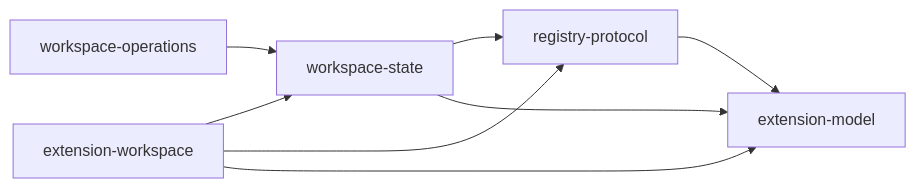
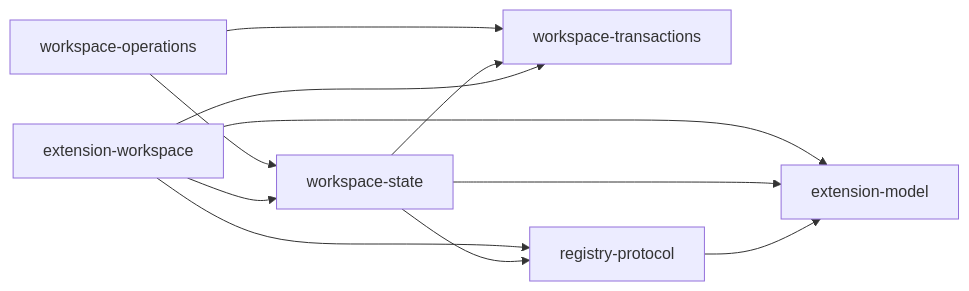
One commit to agentxm/axm changed the second of 2 diagrams in docs/architecture/package-architecture.md. Above: the diagram before and after it, drawn with Mermaid. The commit also changed other lines of this file and 921 other files, not shown here.

````diff
--- a/docs/architecture/package-architecture.md
+++ b/docs/architecture/package-architecture.md
@@ -160,10 +180,13 @@
 ```mermaid
 flowchart LR
   OPERATIONS["workspace-operations"] --> STATE["workspace-state"]
+  OPERATIONS --> TRANSACTIONS["workspace-transactions"]
+  STATE --> TRANSACTIONS
   EXTENSION_WORKSPACE["extension-workspace"] --> STATE
+  EXTENSION_WORKSPACE --> TRANSACTIONS
   EXTENSION_WORKSPACE --> PROTOCOL["registry-protocol"]
   EXTENSION_WORKSPACE --> MODEL["extension-model"]
   STATE --> PROTOCOL
   STATE --> MODEL
   PROTOCOL --> MODEL
 ```
````
